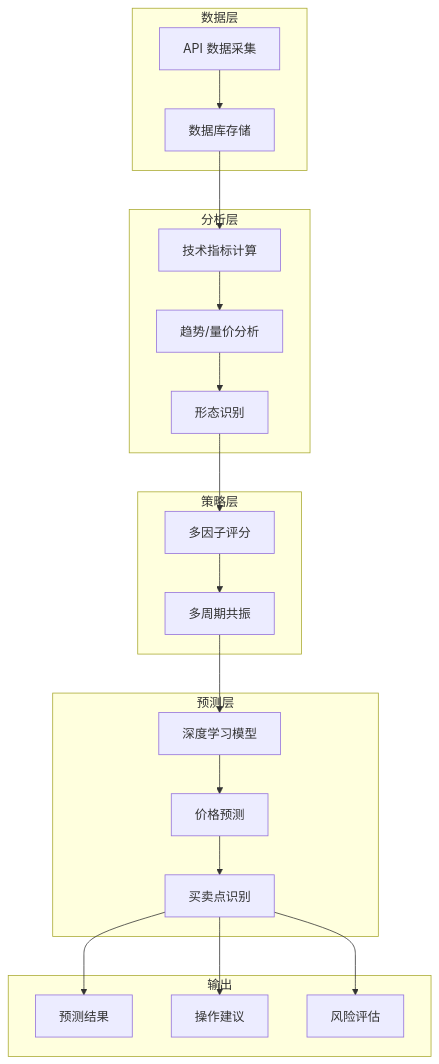
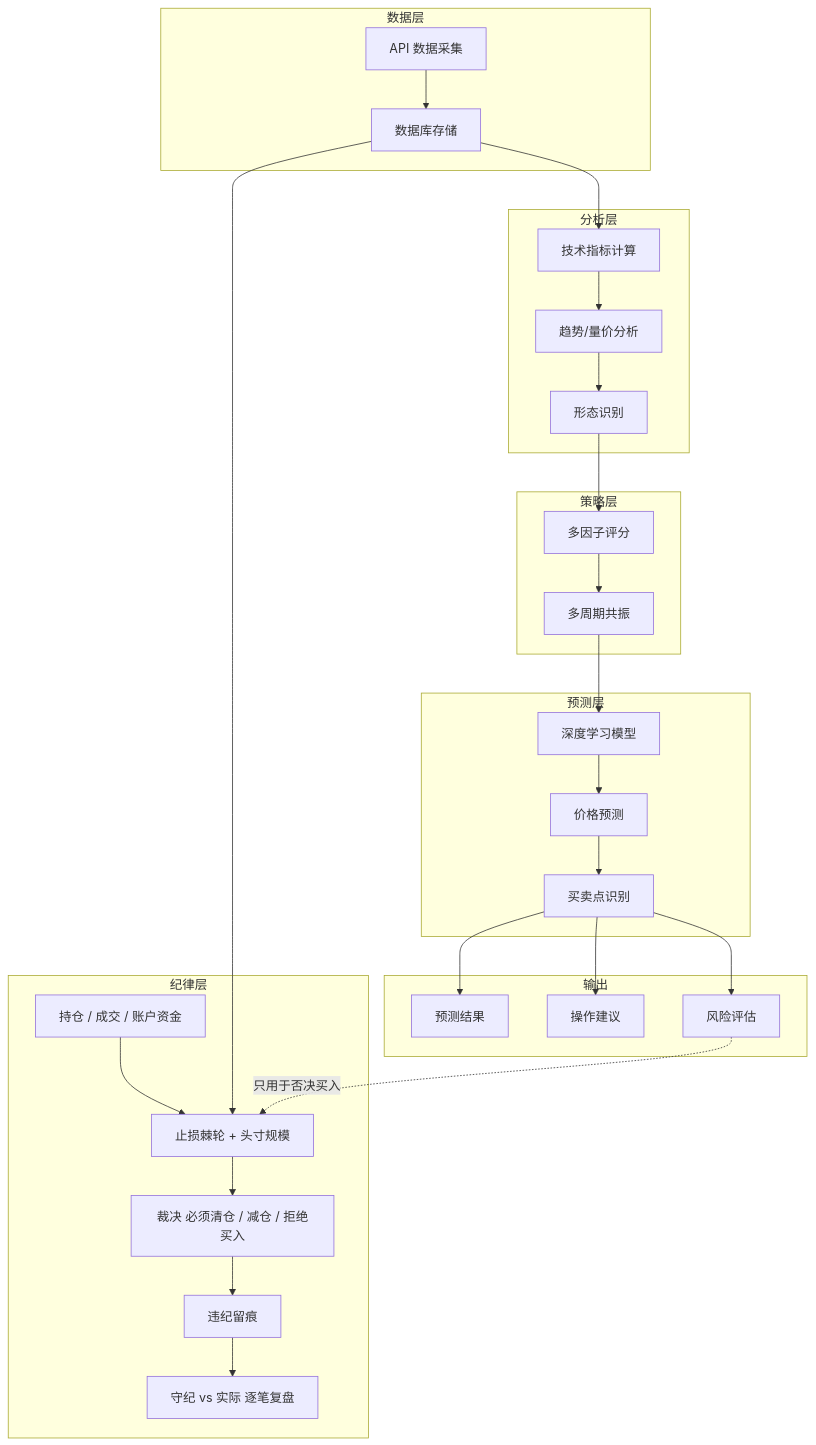
Before and after one commit to zzhtl/biga: the diagram in README.md, drawn with Mermaid. The commit also changed other lines of this file and 1 other file, not shown here.

````diff
--- a/README.md
+++ b/README.md
@@ -200,29 +311,39 @@
 ```mermaid
 graph TB
     subgraph 数据层
         A[API 数据采集] --> B[数据库存储]
     end
     
     subgraph 分析层
         B --> C[技术指标计算]
         C --> D[趋势/量价分析]
         D --> E[形态识别]
     end
     
     subgraph 策略层
         E --> F[多因子评分]
         F --> G[多周期共振]
     end
     
     subgraph 预测层
         G --> H[深度学习模型]
         H --> I[价格预测]
         I --> J[买卖点识别]
     end
     
     subgraph 输出
         J --> K[预测结果]
         J --> L[操作建议]
         J --> M[风险评估]
     end
+
+    subgraph 纪律层
+        N[持仓 / 成交 / 账户资金] --> O[止损棘轮 + 头寸规模]
+        B --> O
+        O --> P[裁决 必须清仓 / 减仓 / 拒绝买入]
+        P --> Q[违纪留痕]
+        Q --> R[守纪 vs 实际 逐笔复盘]
+    end
+
+    M -.->|只用于否决买入| O
 ```
````
